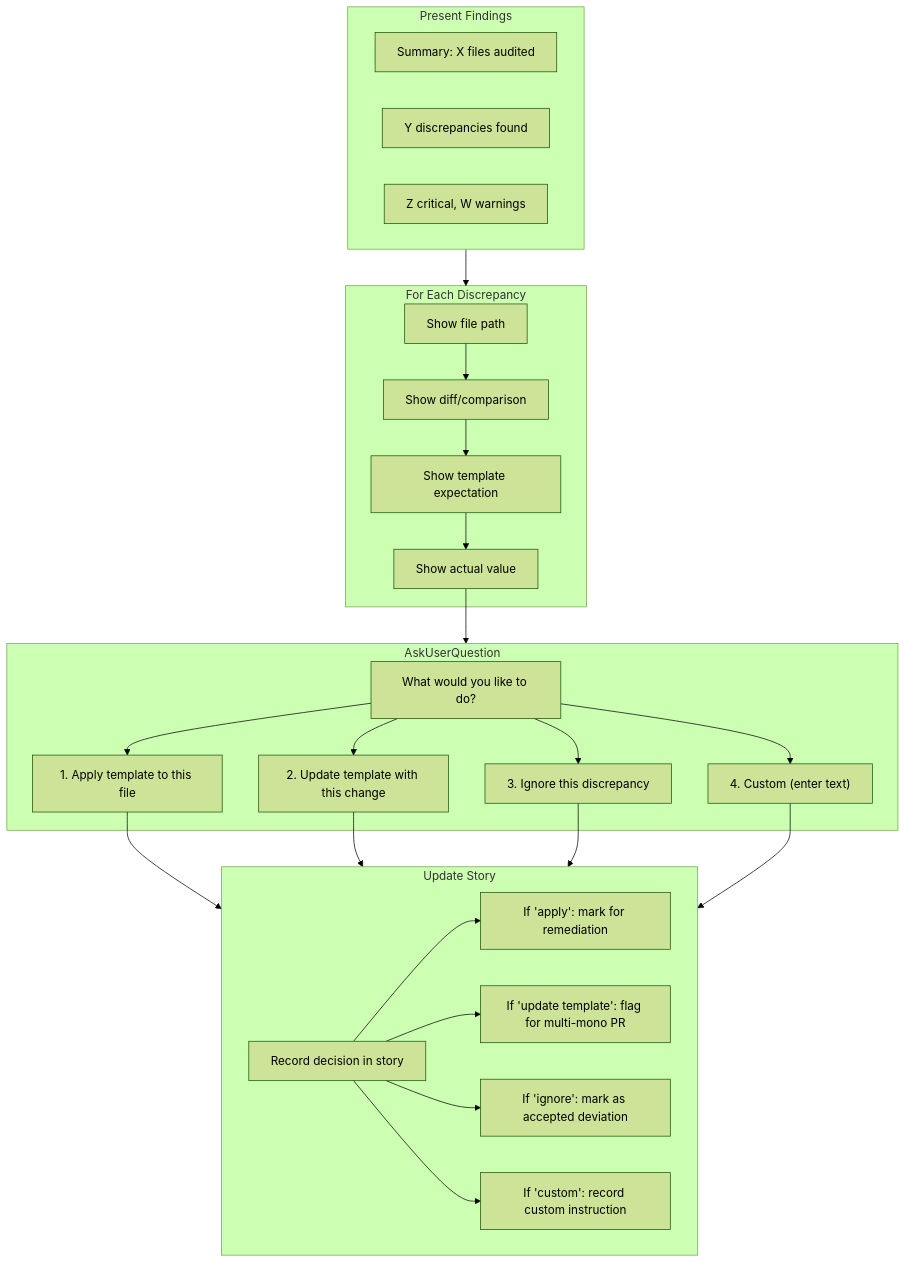
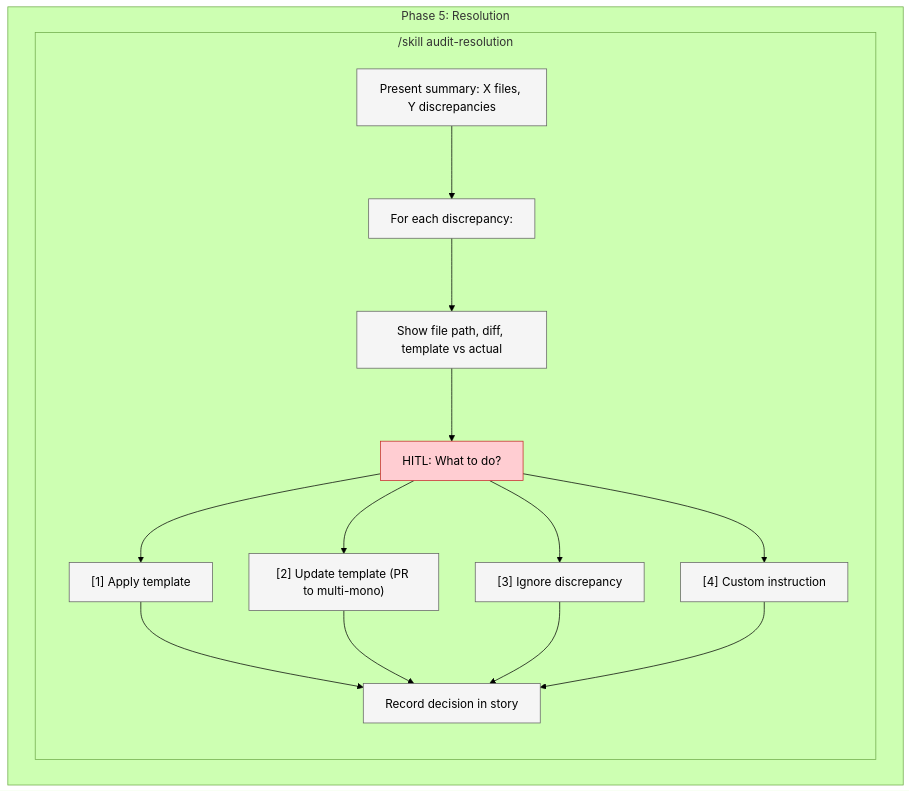
One commit to metasaver/metasaver-marketplace changed the seventh of 9 diagrams in docs/audit-command-target-state.md. Above: the diagram before and after it, drawn with Mermaid (forest theme). The commit also changed other lines of this file and 5 other files, not shown here.

````diff
--- a/docs/audit-command-target-state.md
+++ b/docs/audit-command-target-state.md
@@ -394,37 +253,23 @@
 ```mermaid
 flowchart TB
-    subgraph Present["Present Findings"]
-        P1["Summary: X files audited"]
-        P2["Y discrepancies found"]
-        P3["Z critical, W warnings"]
+    classDef skill fill:#fff8e1,stroke:#f57f17,stroke-width:2px
+    classDef step fill:#f5f5f5,stroke:#616161,stroke-width:1px
+    classDef hitl fill:#ffcdd2,stroke:#c62828,stroke-width:1px
+
+    subgraph P5["Phase 5: Resolution"]
+        subgraph RES["/skill audit-resolution"]
+            RS1["Present summary: X files, Y discrepancies"]:::step
+            RS2["For each discrepancy:"]:::step
+            RS3["Show file path, diff, template vs actual"]:::step
+            RS4["HITL: What to do?"]:::hitl
+            RS5["[1] Apply template"]:::step
+            RS6["[2] Update template (PR to multi-mono)"]:::step
+            RS7["[3] Ignore discrepancy"]:::step
+            RS8["[4] Custom instruction"]:::step
+            RS9["Record decision in story"]:::step
+            RS1 --> RS2 --> RS3 --> RS4
+            RS4 --> RS5 & RS6 & RS7 & RS8
+            RS5 & RS6 & RS7 & RS8 --> RS9
+        end
     end
-
-    subgraph Loop["For Each Discrepancy"]
-        L1["Show file path"]
-        L2["Show diff/comparison"]
-        L3["Show template expectation"]
-        L4["Show actual value"]
-    end
-
-    subgraph Ask["AskUserQuestion"]
-        Q["What would you like to do?"]
-        O1["1. Apply template to this file"]
-        O2["2. Update template with this change"]
-        O3["3. Ignore this discrepancy"]
-        O4["4. Custom (enter text)"]
-    end
-
-    subgraph Update["Update Story"]
-        U1["Record decision in story"]
-        U2["If 'apply': mark for remediation"]
-        U3["If 'update template': flag for multi-mono PR"]
-        U4["If 'ignore': mark as accepted deviation"]
-        U5["If 'custom': record custom instruction"]
-    end
-
-    Present --> Loop
-    L1 --> L2 --> L3 --> L4 --> Ask
-    Q --> O1 & O2 & O3 & O4
-    O1 & O2 & O3 & O4 --> Update
-    U1 --> U2 & U3 & U4 & U5
 ```
````
